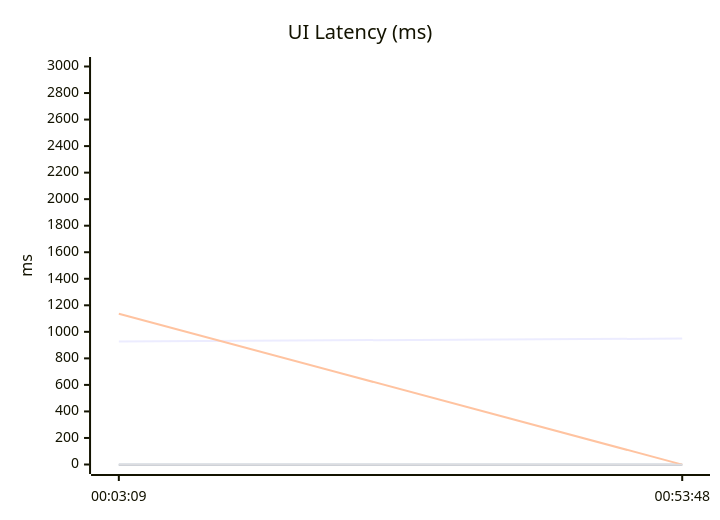
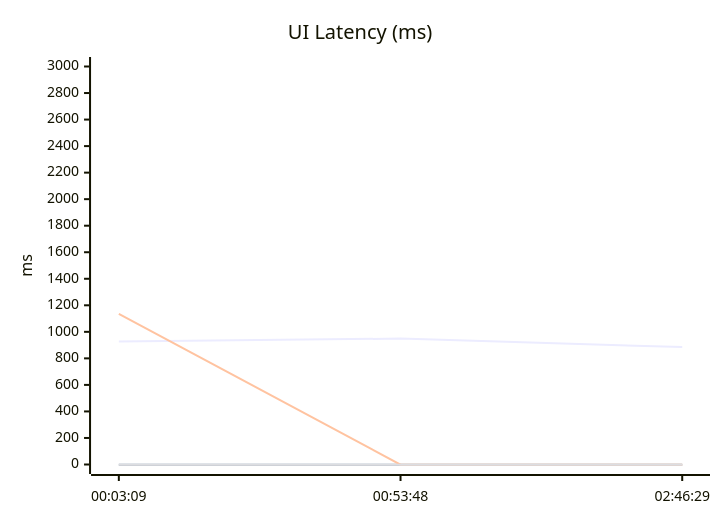
The diagram in README.md (greenwave1987/clash_test), drawn with Mermaid before and after one commit. The commit also changed other lines of this file and 1 other file, not shown here.

Commit message:
chore: update UI latency history

````diff
--- a/README.md
+++ b/README.md
@@ -16,10 +16,10 @@
 ```mermaid
 xychart-beta
   title "UI Latency (ms)"
-  x-axis ["00:03:09", "00:53:48"]
+  x-axis ["00:03:09", "00:53:48", "02:46:29"]
   y-axis "ms" 0 --> 3000
-  line "http://jz.***.uy" [928, 949]
-  line "http://jz.***.io" [-1, -1]
-  line "http://greenwave1987.***.in" [1136, -1]
-  line "http://jz.***.xyz" [-1, -1]
+  line "http://jz.***.uy" [928, 949, 885]
+  line "http://jz.***.io" [-1, -1, -1]
+  line "http://greenwave1987.***.in" [1136, -1, -1]
+  line "http://jz.***.xyz" [-1, -1, -1]
 ```
````
